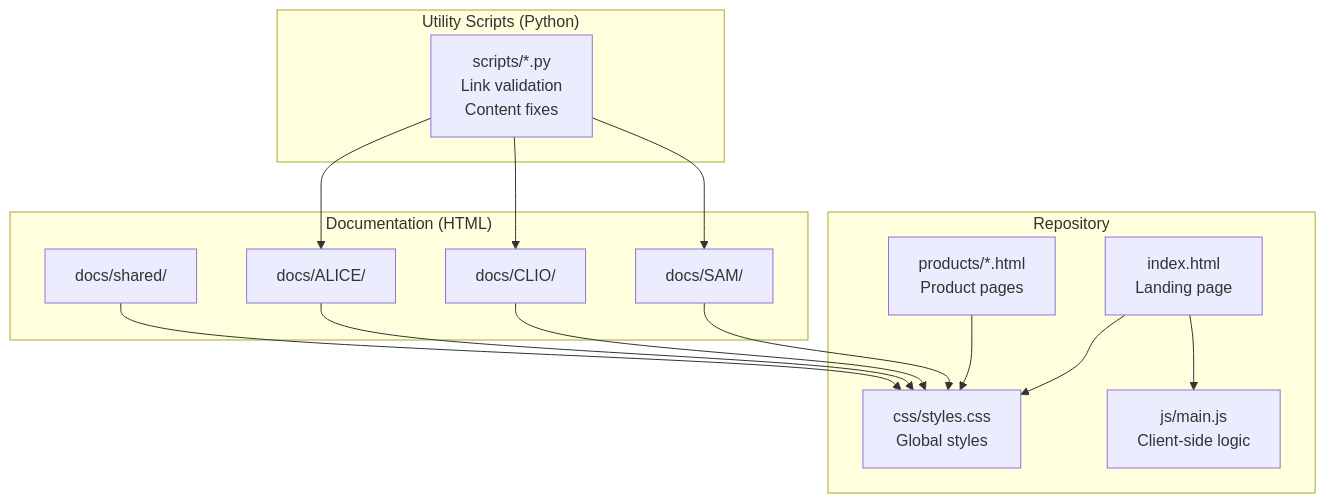
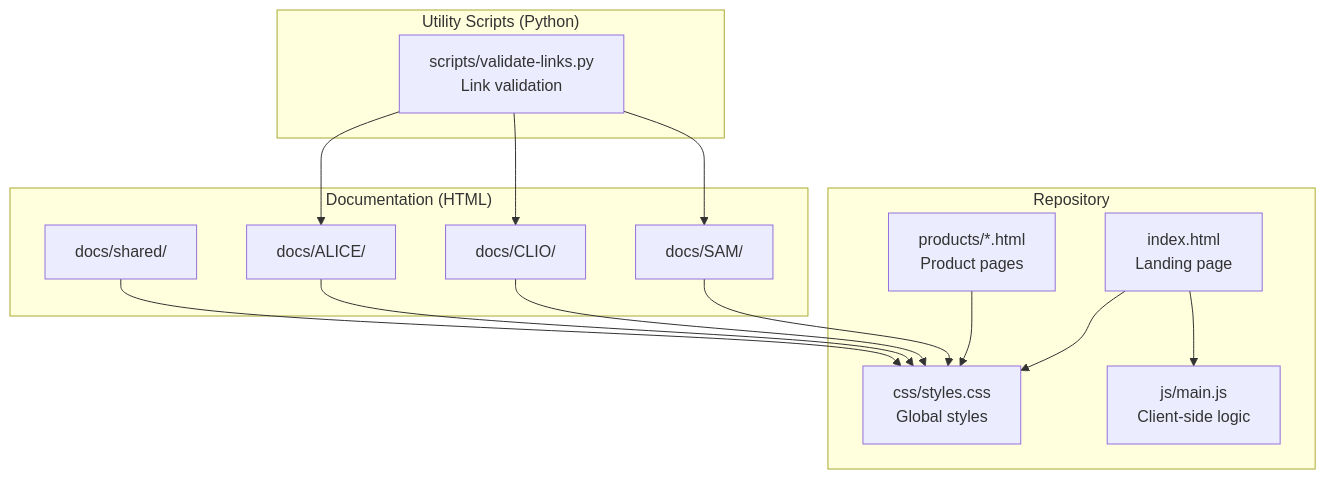
Before and after one commit to SyntheticAutonomicMind/website: the diagram in AGENTS.md, drawn with Mermaid. The commit also changed other lines of this file and 87 other files, not shown here.

````diff
--- a/AGENTS.md
+++ b/AGENTS.md
@@ -44,31 +44,31 @@
 ```mermaid
 graph TB
     subgraph "Repository"
         IDX[index.html<br/>Landing page]
         PROD[products/*.html<br/>Product pages]
         CSS[css/styles.css<br/>Global styles]
         JS[js/main.js<br/>Client-side logic]
     end
 
     subgraph "Documentation (HTML)"
         SAM[docs/SAM/]
         CLIO[docs/CLIO/]
         ALICE[docs/ALICE/]
         SHARED[docs/shared/]
     end
 
     subgraph "Utility Scripts (Python)"
-        SCRIPTS[scripts/*.py<br/>Link validation<br/>Content fixes]
+        SCRIPTS[scripts/validate-links.py<br/>Link validation]
     end
 
     IDX --> CSS
     IDX --> JS
     PROD --> CSS
     SAM --> CSS
     CLIO --> CSS
     ALICE --> CSS
     SHARED --> CSS
     SCRIPTS --> SAM
     SCRIPTS --> CLIO
     SCRIPTS --> ALICE
 ```
````
